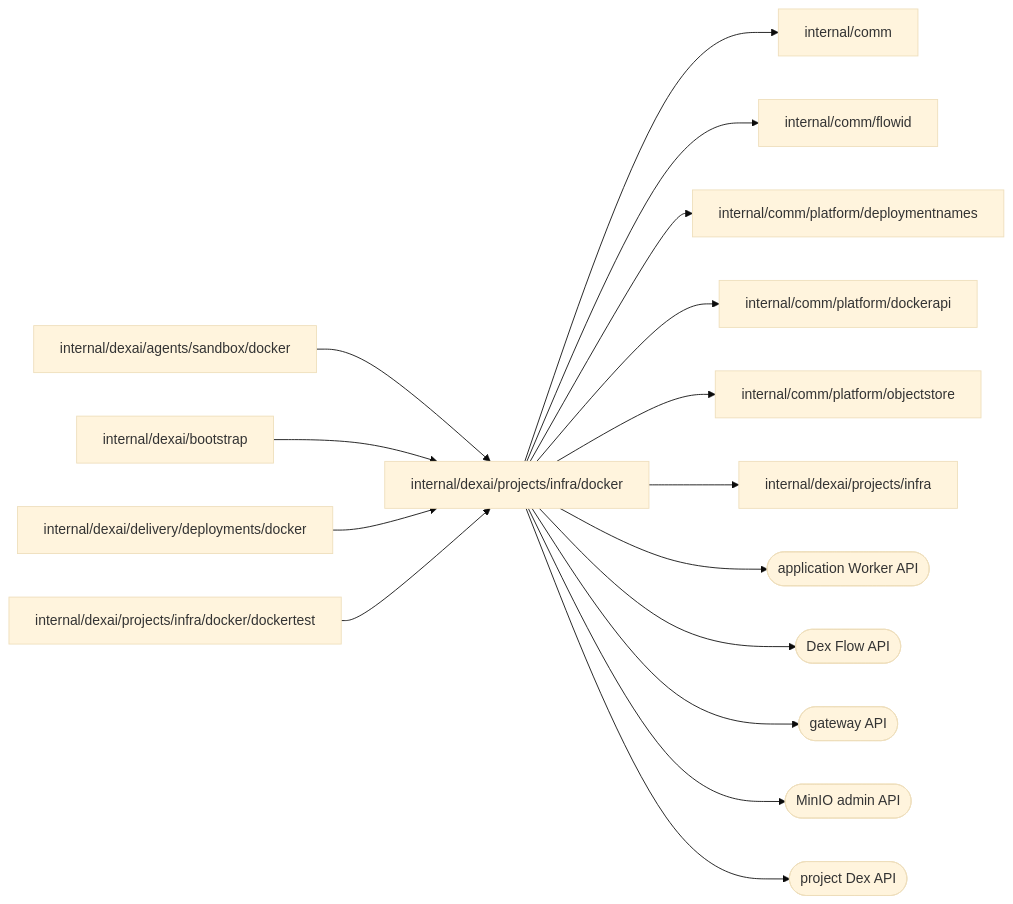
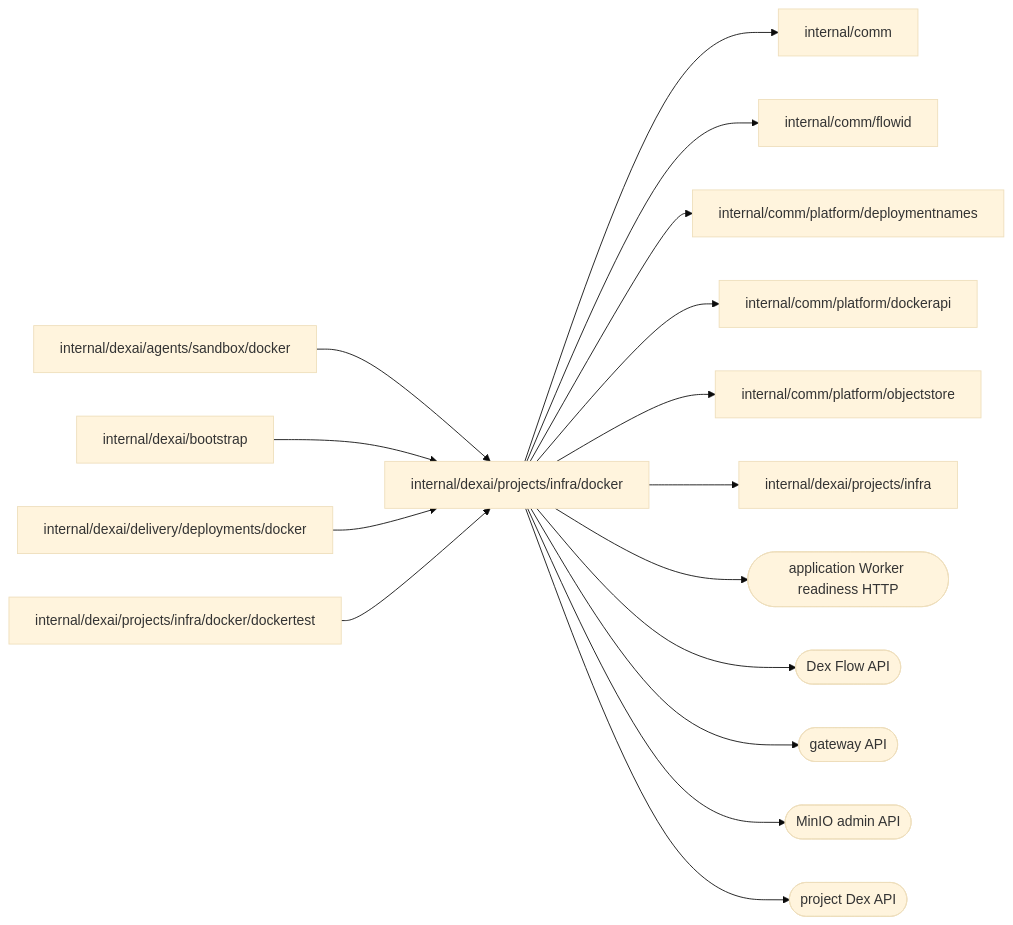
One commit to superdurable/superverse changed the diagram in internal/dexai/projects/infra/docker/README.md. Above: the diagram before and after it, drawn with Mermaid (base theme). The commit also changed other lines of this file and 127 other files, not shown here.

````diff
--- a/internal/dexai/projects/infra/docker/README.md
+++ b/internal/dexai/projects/infra/docker/README.md
@@ -10,19 +10,19 @@
 ```mermaid
 flowchart LR
   self["internal/dexai/projects/infra/docker"]
   c0["internal/dexai/agents/sandbox/docker"] --> self
   c1["internal/dexai/bootstrap"] --> self
   c2["internal/dexai/delivery/deployments/docker"] --> self
   c3["internal/dexai/projects/infra/docker/dockertest"] --> self
   self --> d0["internal/comm"]
   self --> d1["internal/comm/flowid"]
   self --> d2["internal/comm/platform/deploymentnames"]
   self --> d3["internal/comm/platform/dockerapi"]
   self --> d4["internal/comm/platform/objectstore"]
   self --> d5["internal/dexai/projects/infra"]
-  self --> e0(["application Worker API"])
+  self --> e0(["application Worker readiness HTTP"])
   self --> e1(["Dex Flow API"])
   self --> e2(["gateway API"])
   self --> e3(["MinIO admin API"])
   self --> e4(["project Dex API"])
 ```
````
